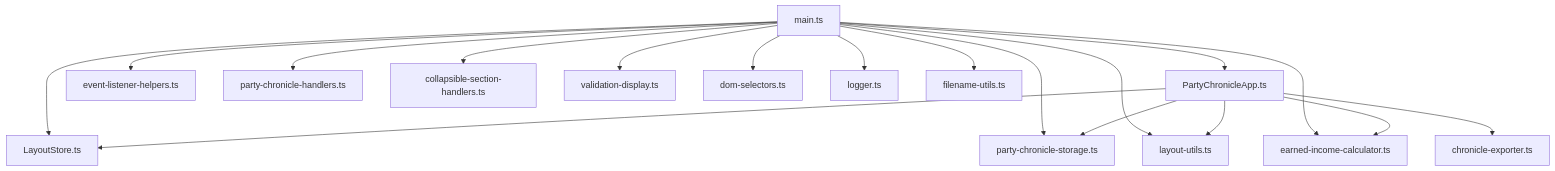
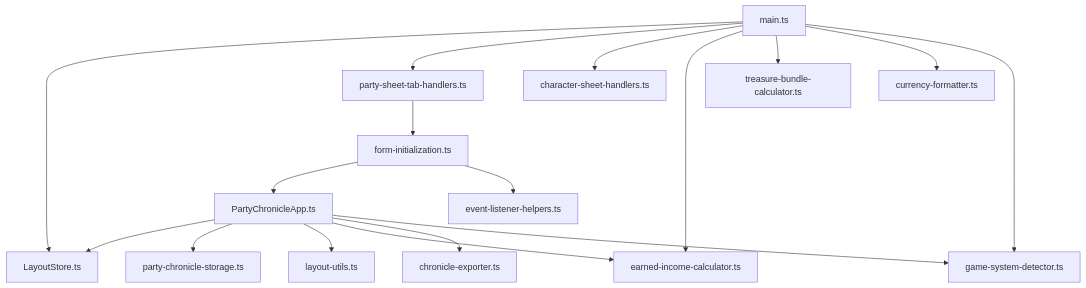
Before and after one commit to scooper4711/pfs-chronicle-generator: the second of 13 diagrams in ARCHITECTURE.md, drawn with Mermaid. The commit also changed other lines of this file, not shown here.

Commit message:
docs: Update architecture document for 1.3.0

````diff
--- a/ARCHITECTURE.md
+++ b/ARCHITECTURE.md
@@ -162,35 +185,32 @@
 ```mermaid
 graph TD
     MAIN["main.ts"]
     PCA["PartyChronicleApp.ts"]
     LS["LayoutStore.ts"]
-    ELH["event-listener-helpers.ts"]
-    PCH["party-chronicle-handlers.ts"]
-    CSH["collapsible-section-handlers.ts"]
-    VD["validation-display.ts"]
-    PCS["party-chronicle-storage.ts"]
-    DS["dom-selectors.ts"]
-    LOG["logger.ts"]
-    FU["filename-utils.ts"]
-    LU["layout-utils.ts"]
+    PSTH["party-sheet-tab-handlers.ts"]
+    CSH_SHEET["character-sheet-handlers.ts"]
+    FI["form-initialization.ts"]
     EIC["earned-income-calculator.ts"]
+    TBC["treasure-bundle-calculator.ts"]
+    CF["currency-formatter.ts"]
+    GSD["game-system-detector.ts"]
 
     MAIN --> LS
-    MAIN --> PCA
-    MAIN --> ELH
-    MAIN --> PCH
-    MAIN --> CSH
-    MAIN --> VD
-    MAIN --> PCS
-    MAIN --> DS
-    MAIN --> FU
-    MAIN --> LU
+    MAIN --> PSTH
+    MAIN --> CSH_SHEET
     MAIN --> EIC
-    MAIN --> LOG
+    MAIN --> TBC
+    MAIN --> CF
+    MAIN --> GSD
+
+    PSTH --> FI
+    FI --> PCA
+    FI --> ELH["event-listener-helpers.ts"]
 
     PCA --> LS
-    PCA --> PCS
-    PCA --> LU
+    PCA --> PCS["party-chronicle-storage.ts"]
+    PCA --> LU["layout-utils.ts"]
     PCA --> EIC
     PCA --> CE["chronicle-exporter.ts"]
+    PCA --> GSD
 ```
````
